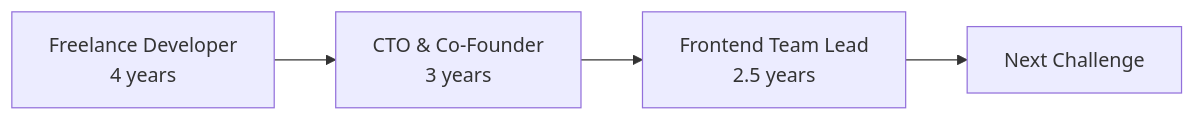
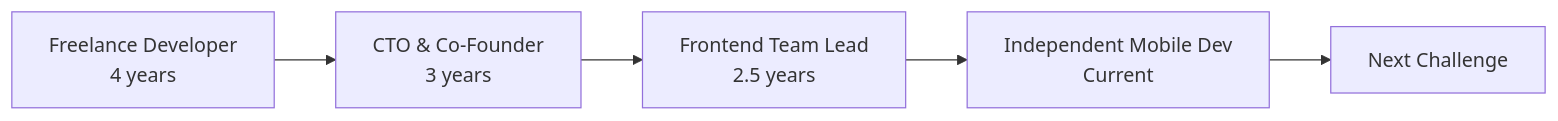
Before and after one commit to juancamiloqhz/juancamiloqhz: the diagram in README.md, drawn with Mermaid. The commit also changed other lines of this file, not shown here.

````diff
--- a/README.md
+++ b/README.md
@@ -19,6 +23,7 @@
 ```mermaid
 graph LR
     A[Freelance Developer<br/>4 years] --> B[CTO & Co-Founder<br/>3 years]
     B --> C[Frontend Team Lead<br/>2.5 years]
-    C --> D[Next Challenge]
+    C --> D[Independent Mobile Dev<br/>Current]
+    D --> E[Next Challenge]
 ```
````
